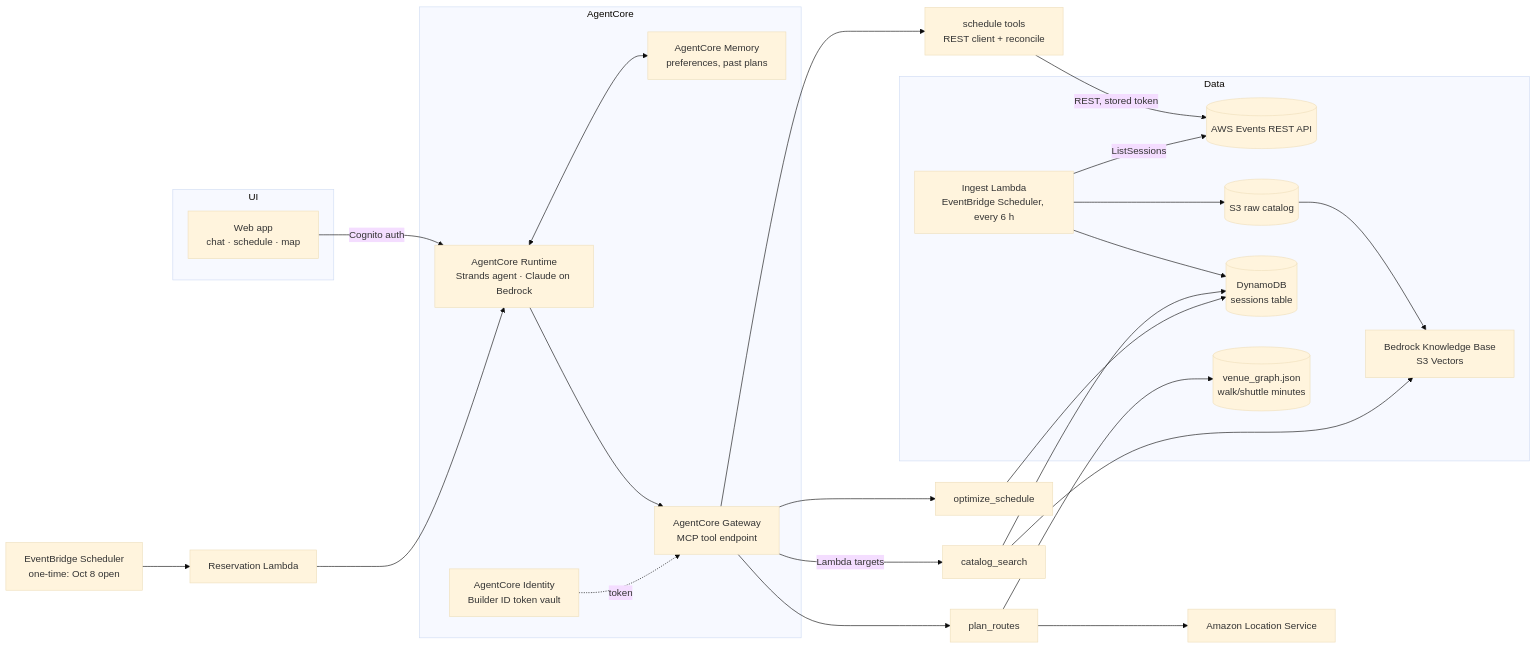
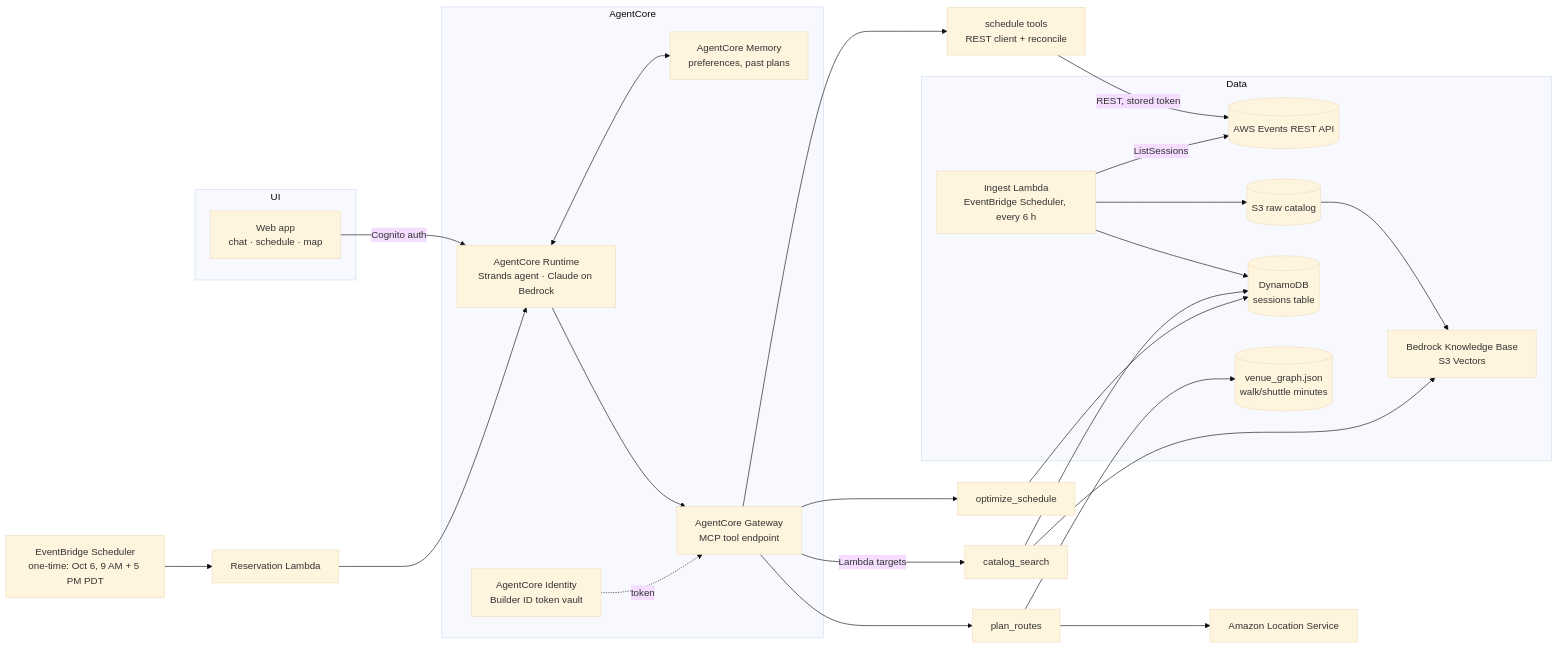
One commit to manumaan/reinvent-agent changed the diagram in docs/DESIGN.md. Above: the diagram before and after it, drawn with Mermaid (base theme). The commit also changed other lines of this file and 18 other files, not shown here.

````diff
--- a/docs/DESIGN.md
+++ b/docs/DESIGN.md
@@ -47,36 +47,36 @@
 ```mermaid
 flowchart LR
   subgraph UI
     W[Web app<br/>chat · schedule · map]
   end
   W -->|Cognito auth| AR
 
   subgraph AgentCore
     AR[AgentCore Runtime<br/>Strands agent · Claude on Bedrock]
     MEM[AgentCore Memory<br/>preferences, past plans]
     ID[AgentCore Identity<br/>Builder ID token vault]
     GW[AgentCore Gateway<br/>MCP tool endpoint]
   end
   AR <--> MEM
   AR --> GW
   GW -->|Lambda targets| T1[catalog_search]
   GW --> T4[schedule tools<br/>REST client + reconcile]
   T4 -->|REST, stored token| API
   GW --> T2[optimize_schedule]
   GW --> T3[plan_routes]
   ID -.token.-> GW
 
   subgraph Data
     ING[Ingest Lambda<br/>EventBridge Scheduler, every 6 h] -->|ListSessions| API[(AWS Events REST API)]
     ING --> S3[(S3 raw catalog)]
     S3 --> KB[Bedrock Knowledge Base<br/>S3 Vectors]
     ING --> DDB[(DynamoDB<br/>sessions table)]
     VG[(venue_graph.json<br/>walk/shuttle minutes)]
   end
   T1 --> KB & DDB
   T2 --> DDB
   T3 --> VG & LOC[Amazon Location Service]
 
-  SCH[EventBridge Scheduler<br/>one-time: Oct 8 open] --> RES[Reservation Lambda]
+  SCH[EventBridge Scheduler<br/>one-time: Oct 6, 9 AM + 5 PM PDT] --> RES[Reservation Lambda]
   RES --> AR
 ```
````
